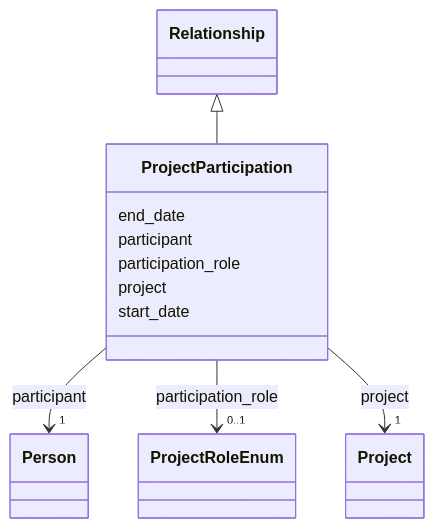
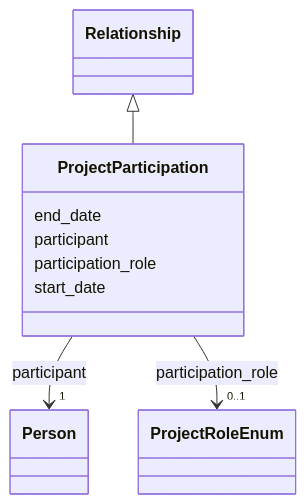
One commit to DARIAH-IL/idhi-manifests changed the diagram in docs/classes/ProjectParticipation.md. Above: the diagram before and after it, drawn with Mermaid. The commit also changed other lines of this file and 68 other files, not shown here.

````diff
--- a/docs/classes/ProjectParticipation.md
+++ b/docs/classes/ProjectParticipation.md
@@ -22,54 +22,41 @@
 ```mermaid
  classDiagram
     class ProjectParticipation
       Relationship <|-- ProjectParticipation
         click Relationship href "../../classes/Relationship/"
       
 
       
 
       ProjectParticipation : end_date
         
       ProjectParticipation : participant
         
           
     
         
         
         ProjectParticipation --> "1" Person : participant
         
         click Person href "../../classes/Person/"
         
     
 
         
       ProjectParticipation : participation_role
         
           
     
         
         
         ProjectParticipation --> "0..1" ProjectRoleEnum : participation_role
         
         click ProjectRoleEnum href "../../enums/ProjectRoleEnum/"
         
     
 
         
-      ProjectParticipation : project
-        
-          
-    
-        
-        
-        ProjectParticipation --> "1" Project : project
-        
-        click Project href "../../classes/Project/"
-        
-    
-
-        
       ProjectParticipation : start_date
         
       
 ```
````
